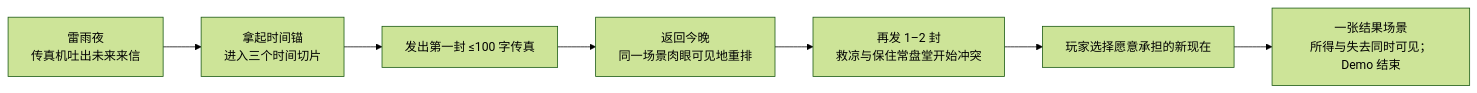
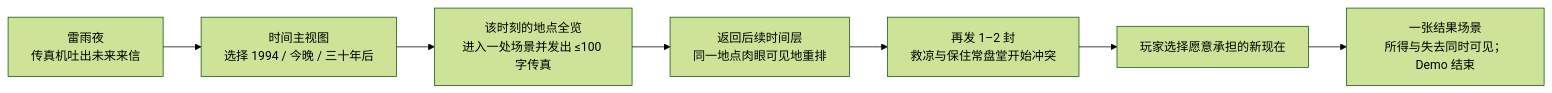
Before and after one commit to LudicDynamics/hackathon: the seventh of 9 diagrams in docs/doc-24-五世界可玩Demo体验设计.md, drawn with Mermaid (forest theme). The commit also changed other lines of this file, not shown here.

Commit message:
docs: 明确五世界主视图与雾外生长

````diff
--- a/docs/doc-24-五世界可玩Demo体验设计.md
+++ b/docs/doc-24-五世界可玩Demo体验设计.md
@@ -210,9 +279,9 @@
 ```mermaid
 flowchart LR
-    A["雷雨夜<br/>传真机吐出未来来信"] --> B["拿起时间锚<br/>进入三个时间切片"]
-    B --> C["发出第一封 ≤100 字传真"]
-    C --> D["返回今晚<br/>同一场景肉眼可见地重排"]
+    A["雷雨夜<br/>传真机吐出未来来信"] --> B["时间主视图<br/>选择 1994 / 今晚 / 三十年后"]
+    B --> C["该时刻的地点全览<br/>进入一处场景并发出 ≤100 字传真"]
+    C --> D["返回后续时间层<br/>同一地点肉眼可见地重排"]
     D --> E["再发 1–2 封<br/>救凉与保住常盘堂开始冲突"]
     E --> F["玩家选择愿意承担的新现在"]
     F --> G["一张结果场景<br/>所得与失去同时可见；Demo 结束"]
 ```
````
